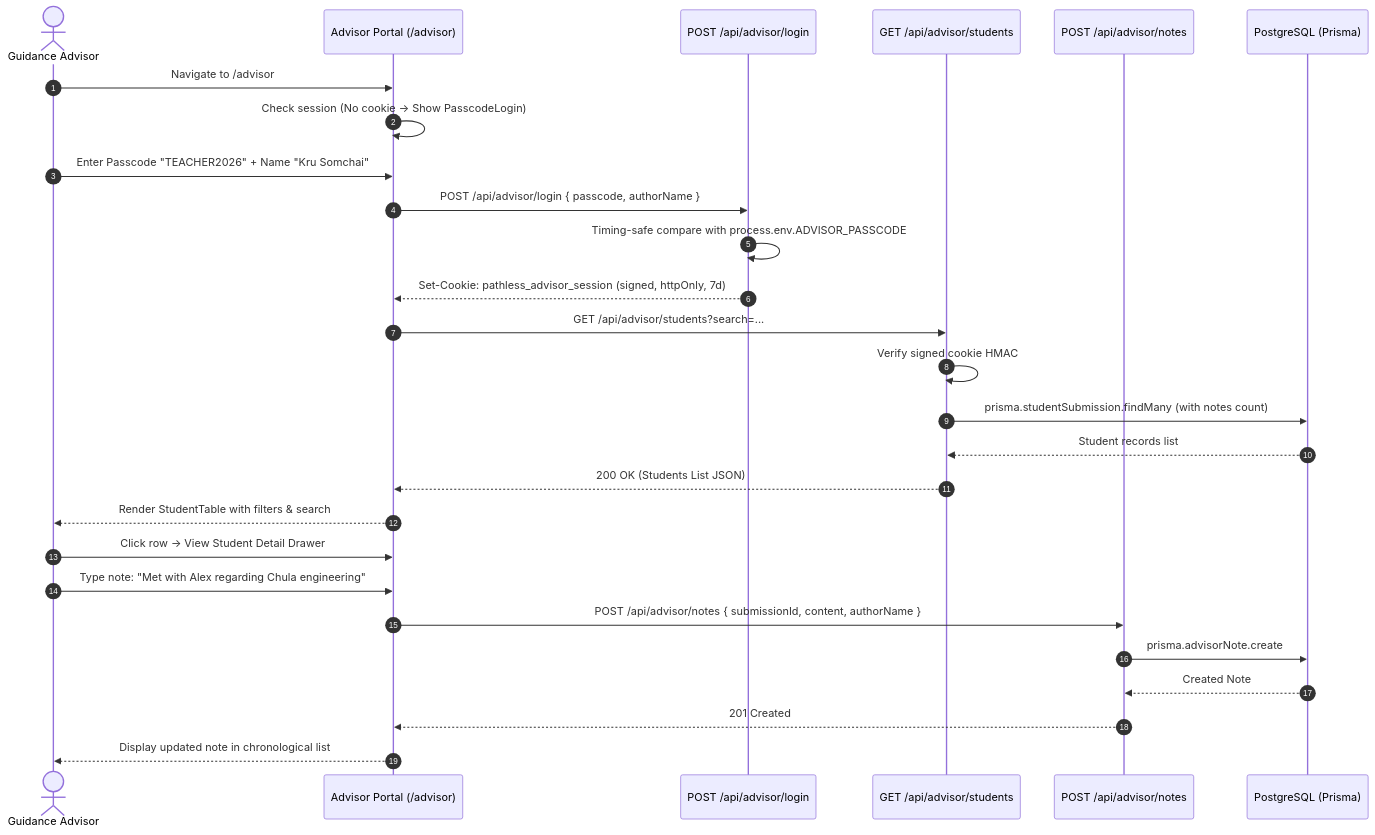
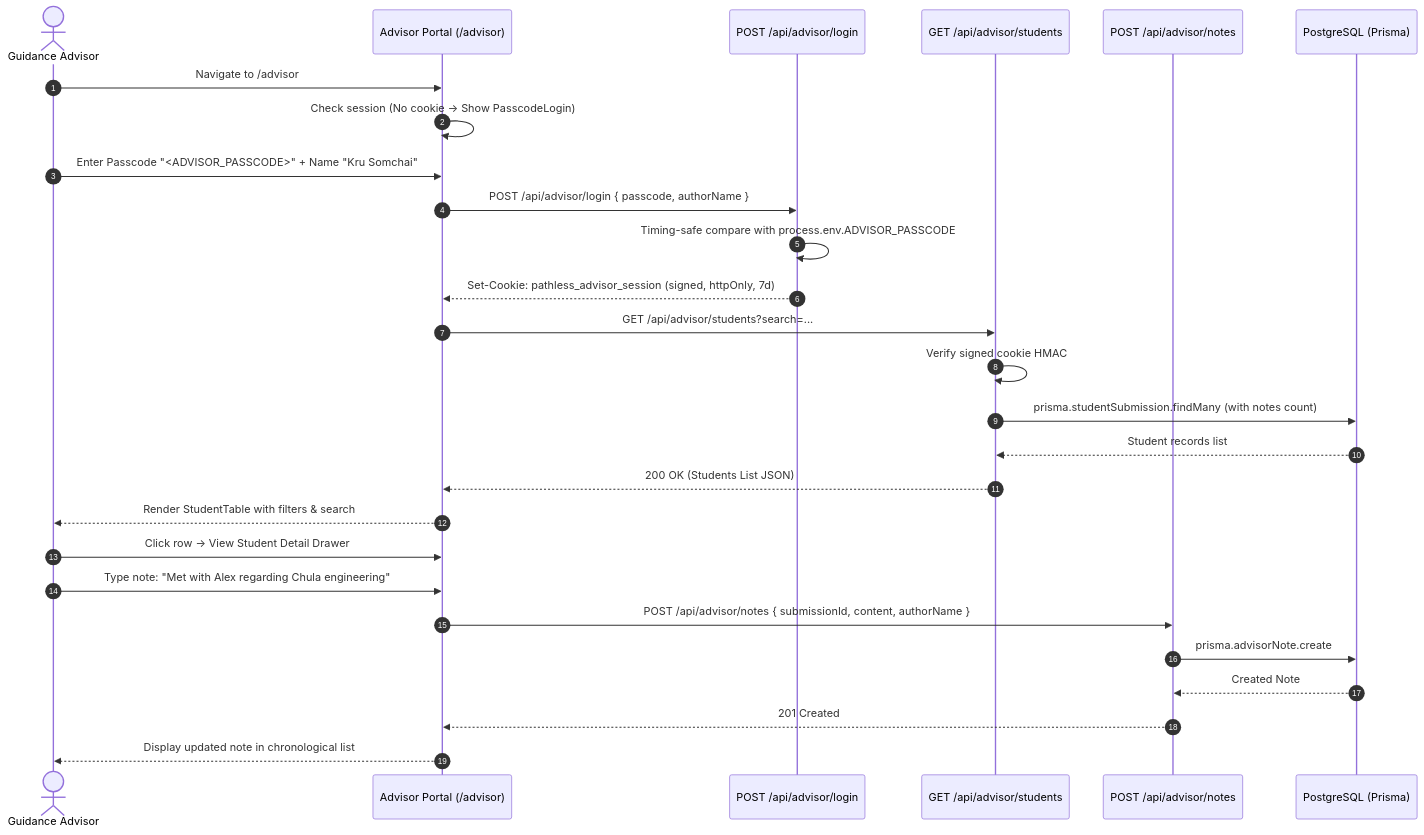
One commit to ShortXander101205/first-hackathon changed the third of 4 diagrams in docs/pathless/contracts/feature-10.md. Above: the diagram before and after it, drawn with Mermaid. The commit also changed other lines of this file and 5 other files, not shown here.

Commit message:
docs: replace advisor passcode with <ADVISOR_PASSCODE> placeholder

````diff
--- a/docs/pathless/contracts/feature-10.md
+++ b/docs/pathless/contracts/feature-10.md
@@ -222,32 +222,32 @@
 ```mermaid
 sequenceDiagram
   autonumber
   actor Advisor as Guidance Advisor
   participant Browser as Advisor Portal (/advisor)
   participant AuthRoute as POST /api/advisor/login
   participant DataRoute as GET /api/advisor/students
   participant NotesRoute as POST /api/advisor/notes
   participant DB as PostgreSQL (Prisma)
 
   Advisor->>Browser: Navigate to /advisor
   Browser->>Browser: Check session (No cookie -> Show PasscodeLogin)
-  Advisor->>Browser: Enter Passcode "TEACHER2026" + Name "Kru Somchai"
+  Advisor->>Browser: Enter Passcode "<ADVISOR_PASSCODE>" + Name "Kru Somchai"
   Browser->>AuthRoute: POST /api/advisor/login { passcode, authorName }
   AuthRoute->>AuthRoute: Timing-safe compare with process.env.ADVISOR_PASSCODE
   AuthRoute-->>Browser: Set-Cookie: pathless_advisor_session (signed, httpOnly, 7d)
 
   Browser->>DataRoute: GET /api/advisor/students?search=...
   DataRoute->>DataRoute: Verify signed cookie HMAC
   DataRoute->>DB: prisma.studentSubmission.findMany (with notes count)
   DB-->>DataRoute: Student records list
   DataRoute-->>Browser: 200 OK (Students List JSON)
   Browser-->>Advisor: Render StudentTable with filters & search
 
   Advisor->>Browser: Click row -> View Student Detail Drawer
   Advisor->>Browser: Type note: "Met with Alex regarding Chula engineering"
   Browser->>NotesRoute: POST /api/advisor/notes { submissionId, content, authorName }
   NotesRoute->>DB: prisma.advisorNote.create
   DB-->>NotesRoute: Created Note
   NotesRoute-->>Browser: 201 Created
   Browser-->>Advisor: Display updated note in chronological list
 ```
````
